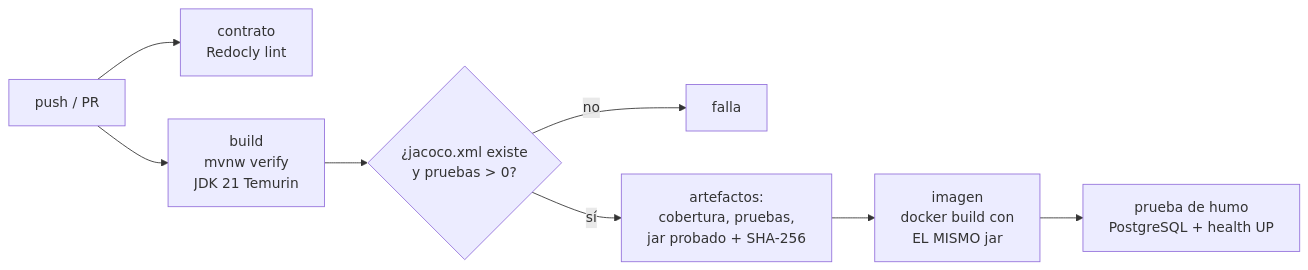
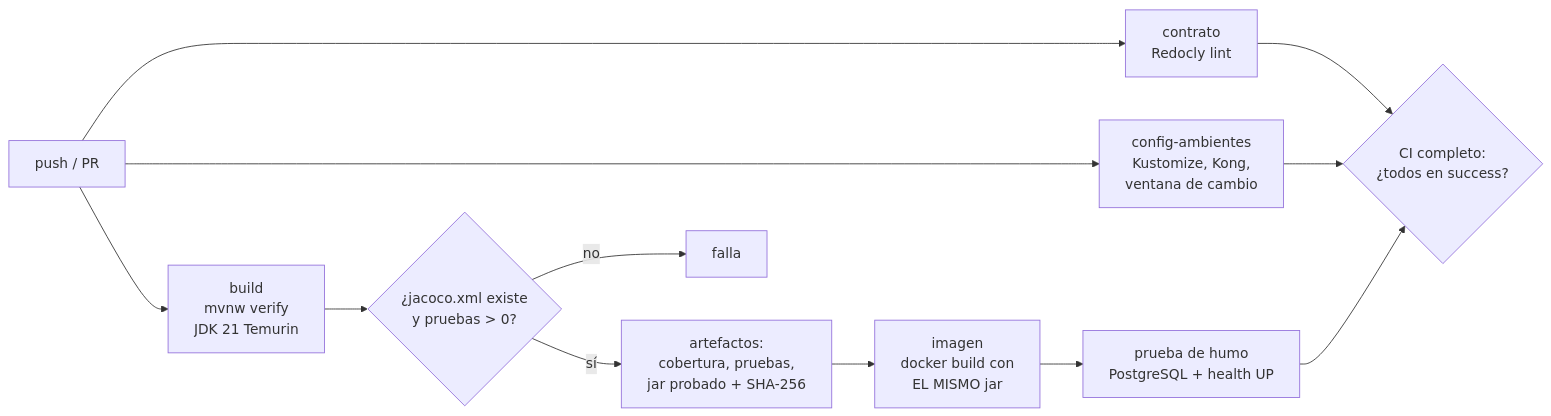
One commit to JonathanAva/transferencia-api changed the second of 2 diagrams in README.md. Above: the diagram before and after it, drawn with Mermaid. The commit also changed other lines of this file, not shown here.

````diff
--- a/README.md
+++ b/README.md
@@ -56,10 +194,14 @@
 ```mermaid
 flowchart LR
     A[push / PR] --> C[contrato<br/>Redocly lint]
+    A --> K[config-ambientes<br/>Kustomize, Kong,<br/>ventana de cambio]
     A --> B[build<br/>mvnw verify<br/>JDK 21 Temurin]
     B --> E{¿jacoco.xml existe<br/>y pruebas > 0?}
     E -- no --> X[falla]
     E -- sí --> R[artefactos:<br/>cobertura, pruebas,<br/>jar probado + SHA-256]
     R --> I[imagen<br/>docker build con<br/>EL MISMO jar]
     I --> S[prueba de humo<br/>PostgreSQL + health UP]
+    C --> F{CI completo:<br/>¿todos en success?}
+    K --> F
+    S --> F
 ```
````
